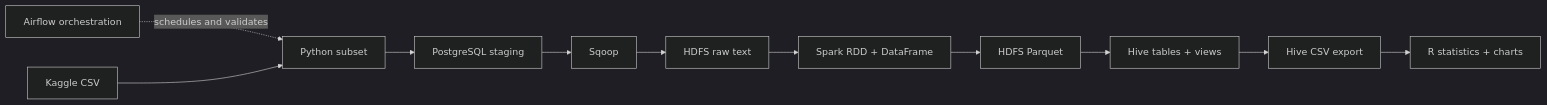
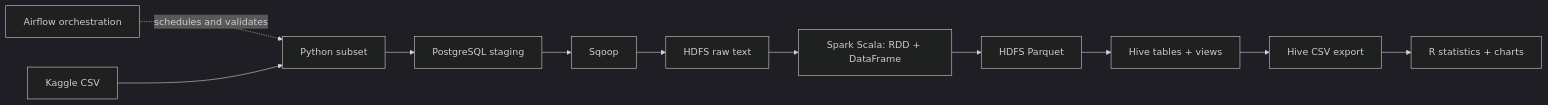
The diagram in README.md (asritha353/nyse-big-data-pipeline), drawn with Mermaid (dark theme) before and after one commit. The commit also changed other lines of this file and 5 other files, not shown here.

Commit message:
Replace PySpark processing with Scala Spark (spark-shell)

````diff
--- a/README.md
+++ b/README.md
@@ -6,13 +6,13 @@
 ```mermaid
 flowchart LR
     K[Airflow orchestration] -. schedules and validates .-> B
     A[Kaggle CSV] --> B[Python subset]
     B --> C[PostgreSQL staging]
     C --> D[Sqoop]
     D --> E[HDFS raw text]
-    E --> F[Spark RDD + DataFrame]
+    E --> F[Spark Scala: RDD + DataFrame]
     F --> G[HDFS Parquet]
     G --> H[Hive tables + views]
     H --> I[Hive CSV export]
     I --> J[R statistics + charts]
 ```
````
